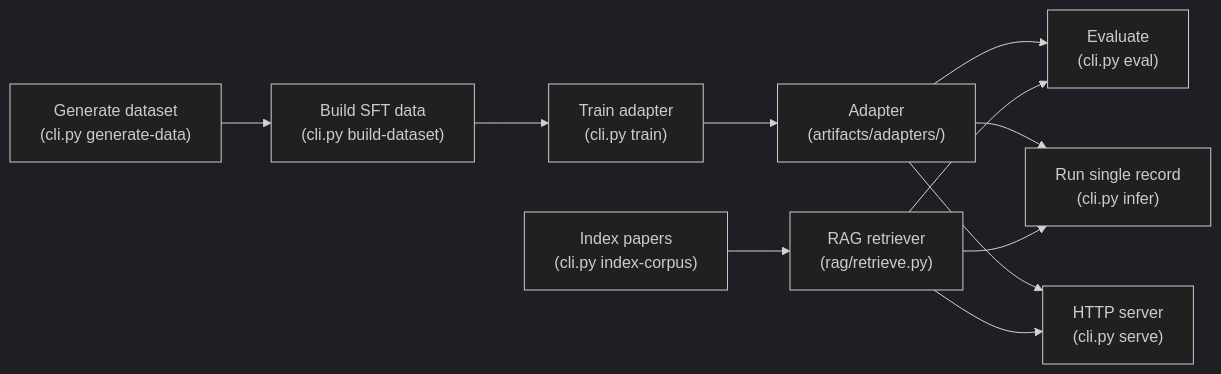
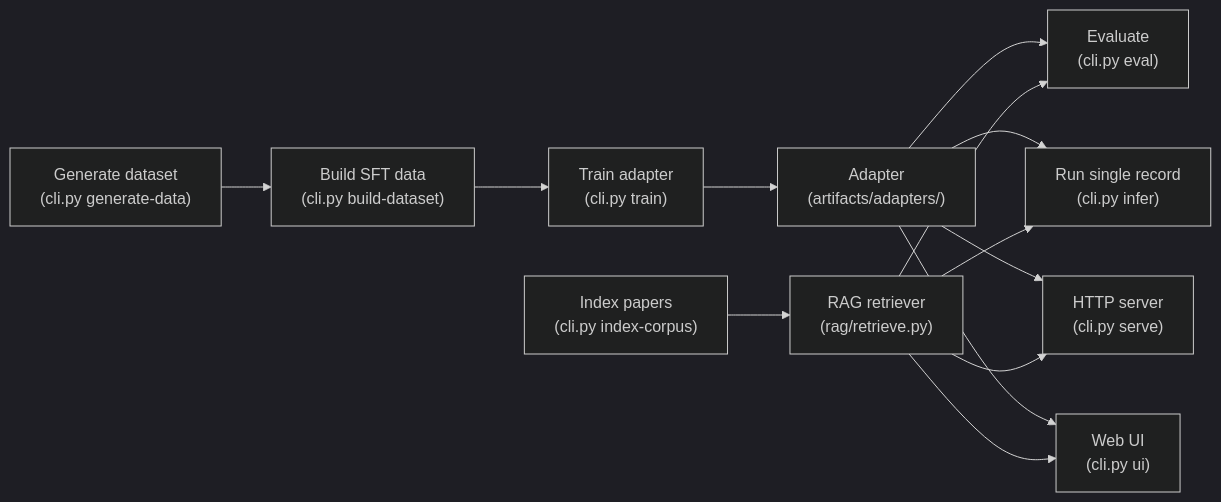
One commit to AngadKumar16/FSI-SLM changed the second of 5 diagrams in docs/workflow.md. Above: the diagram before and after it, drawn with Mermaid (dark theme). The commit also changed other lines of this file and 7 other files, not shown here.

````diff
--- a/docs/workflow.md
+++ b/docs/workflow.md
@@ -64,13 +84,15 @@
 ```mermaid
 flowchart LR
     G["Generate dataset<br/>(cli.py generate-data)"] --> B["Build SFT data<br/>(cli.py build-dataset)"]
     I1["Index papers<br/>(cli.py index-corpus)"] --> R["RAG retriever<br/>(rag/retrieve.py)"]
     B --> T["Train adapter<br/>(cli.py train)"]
     T --> A["Adapter<br/>(artifacts/adapters/)"]
     A --> E["Evaluate<br/>(cli.py eval)"]
     A --> IN["Run single record<br/>(cli.py infer)"]
     A --> S["HTTP server<br/>(cli.py serve)"]
+    A --> U["Web UI<br/>(cli.py ui)"]
     R --> IN
     R --> S
     R --> E
+    R --> U
 ```
````
